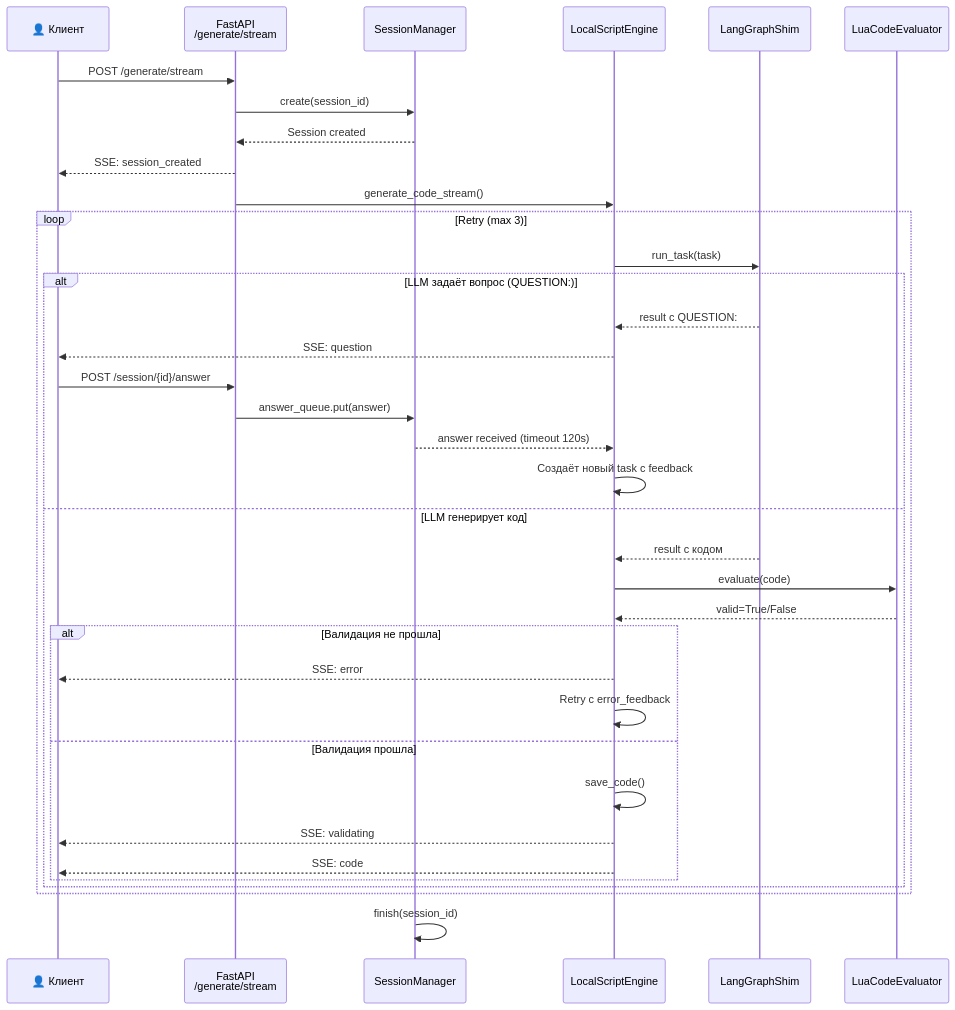
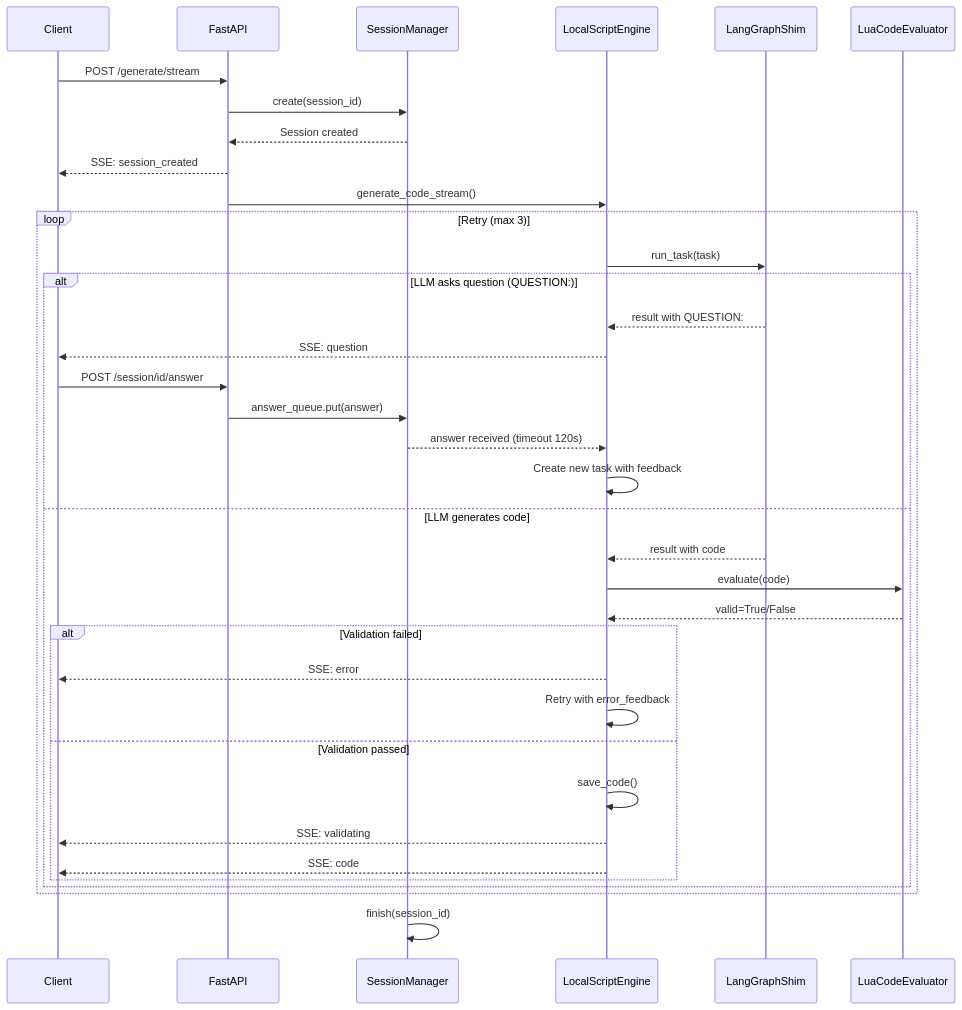
One commit to Watashicuvu/bio-complexity changed the fifth of 6 diagrams in mermaid.md. Above: the diagram before and after it, drawn with Mermaid. The commit also changed other lines of this file, not shown here.

````diff
--- a/mermaid.md
+++ b/mermaid.md
@@ -157,47 +157,47 @@
 ```mermaid
 sequenceDiagram
-    participant C as 👤 Клиент
-    participant A as FastAPI<br/>/generate/stream
+    participant C as Client
+    participant A as FastAPI
     participant S as SessionManager
     participant E as LocalScriptEngine
     participant G as LangGraphShim
     participant V as LuaCodeEvaluator
 
     C->>A: POST /generate/stream
     A->>S: create(session_id)
     S-->>A: Session created
     A-->>C: SSE: session_created
 
     A->>E: generate_code_stream()
 
     loop Retry (max 3)
         E->>G: run_task(task)
 
-        alt LLM задаёт вопрос (QUESTION:)
-            G-->>E: result с QUESTION:
+        alt LLM asks question (QUESTION:)
+            G-->>E: result with QUESTION:
             E-->>C: SSE: question
-            C->>A: POST /session/{id}/answer
+            C->>A: POST /session/id/answer
             A->>S: answer_queue.put(answer)
             S-->>E: answer received (timeout 120s)
-            E->>E: Создаёт новый task с feedback
+            E->>E: Create new task with feedback
 
-        else LLM генерирует код
-            G-->>E: result с кодом
+        else LLM generates code
+            G-->>E: result with code
             E->>V: evaluate(code)
 
             V-->>E: valid=True/False
 
-            alt Валидация не прошла
+            alt Validation failed
                 E-->>C: SSE: error
-                E->>E: Retry с error_feedback
+                E->>E: Retry with error_feedback
 
-            else Валидация прошла
+            else Validation passed
                 E->>E: save_code()
                 E-->>C: SSE: validating
                 E-->>C: SSE: code
             end
         end
     end
 
     S->>S: finish(session_id)
 ```
````
